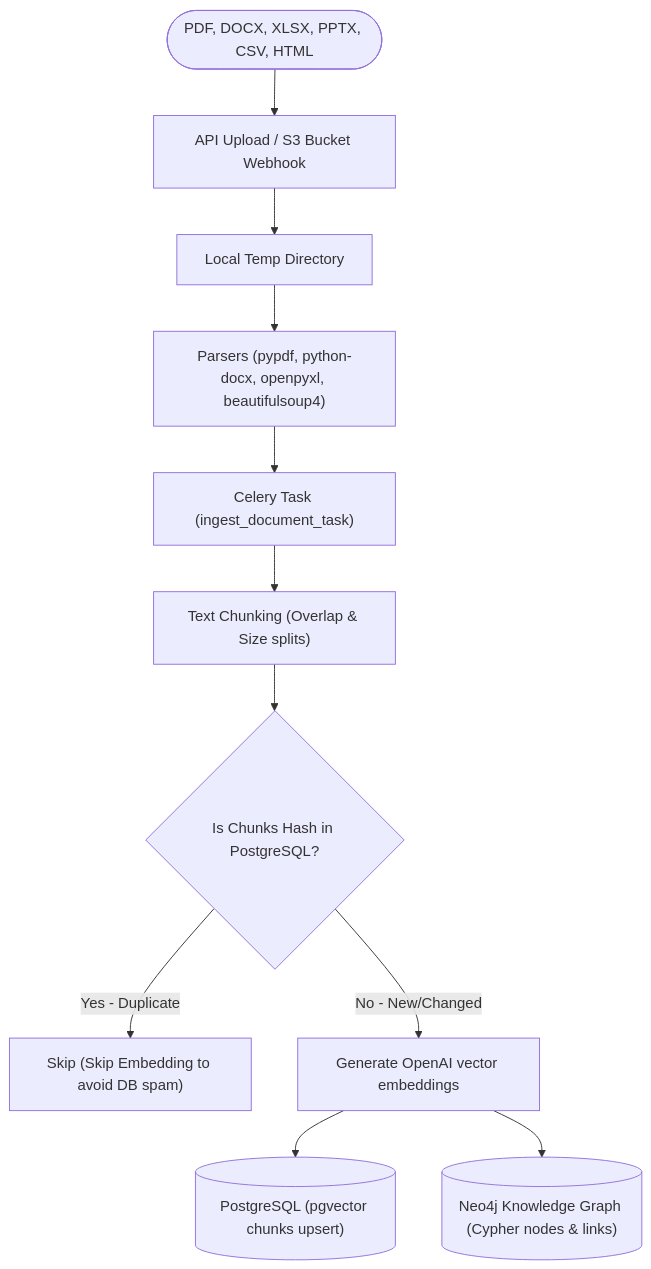
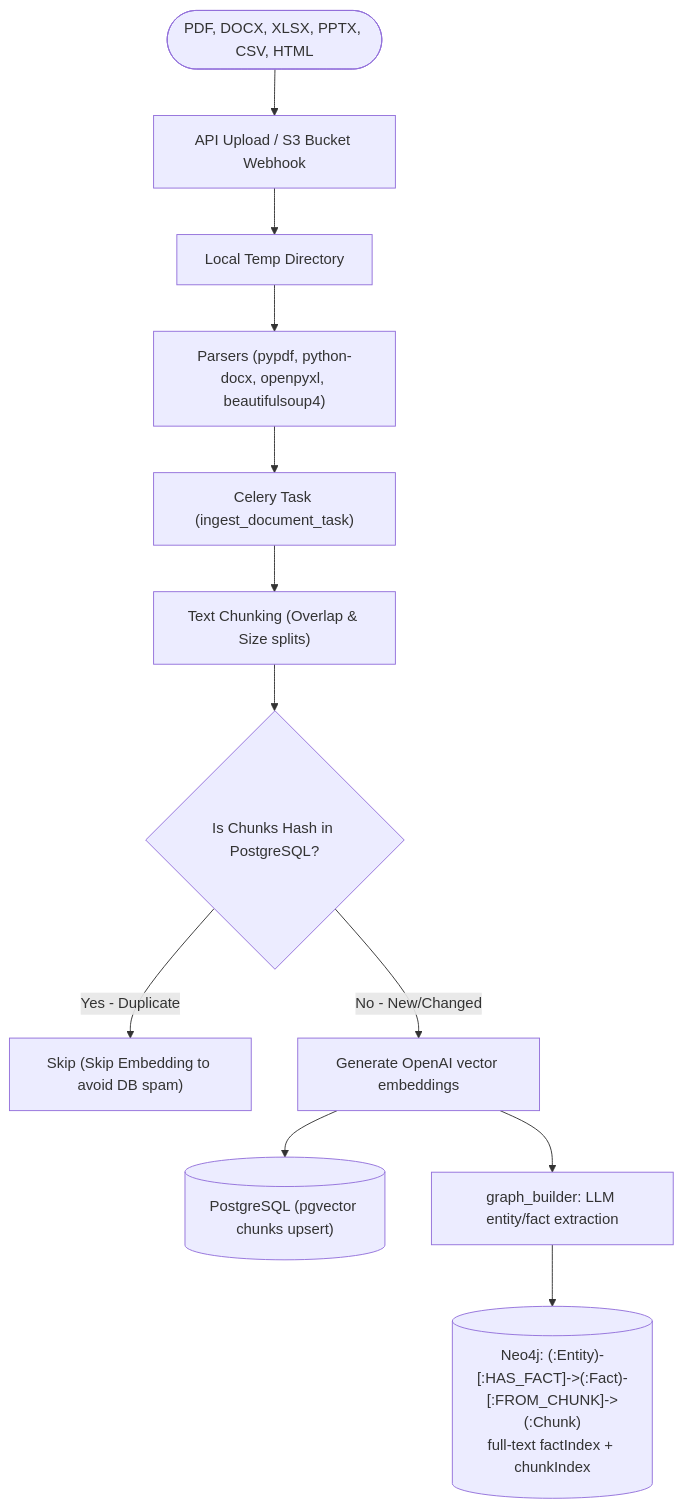
One commit to HasnainMuavia1/WA-Graph-RAG-BACKEND changed the fifth of 5 diagrams in README.md. Above: the diagram before and after it, drawn with Mermaid. The commit also changed other lines of this file and 36 other files, not shown here.

````diff
--- a/README.md
+++ b/README.md
@@ -202,15 +203,16 @@
 ```mermaid
 graph TD
     Doc([PDF, DOCX, XLSX, PPTX, CSV, HTML]) --> Upload["API Upload / S3 Bucket Webhook"]
     Upload --> Temp["Local Temp Directory"]
     Temp --> Parse["Parsers (pypdf, python-docx, openpyxl, beautifulsoup4)"]
     Parse --> CeleryTask["Celery Task (ingest_document_task)"]
     
     CeleryTask --> Chunk["Text Chunking (Overlap & Size splits)"]
     Chunk --> HashCheck{"Is Chunks Hash in PostgreSQL?"}
     HashCheck -->|Yes - Duplicate| Skip["Skip (Skip Embedding to avoid DB spam)"]
     HashCheck -->|No - New/Changed| Embed["Generate OpenAI vector embeddings"]
     
     Embed --> Postgres[("PostgreSQL (pgvector chunks upsert)")]
-    Embed --> Neo4j[("Neo4j Knowledge Graph (Cypher nodes & links)")]
+    Embed --> GraphBuild["graph_builder: LLM entity/fact extraction"]
+    GraphBuild --> Neo4j[("Neo4j: (:Entity)-[:HAS_FACT]->(:Fact)-[:FROM_CHUNK]->(:Chunk)<br/>full-text factIndex + chunkIndex")]
 ```
````
